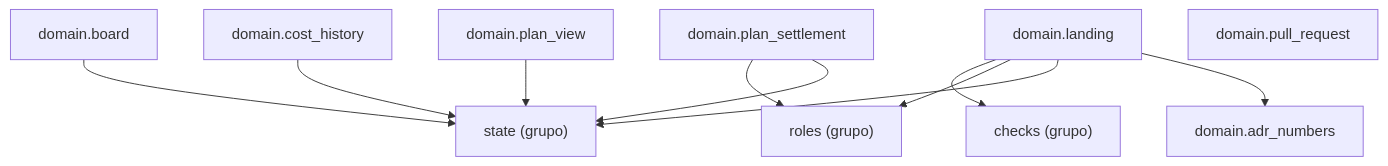
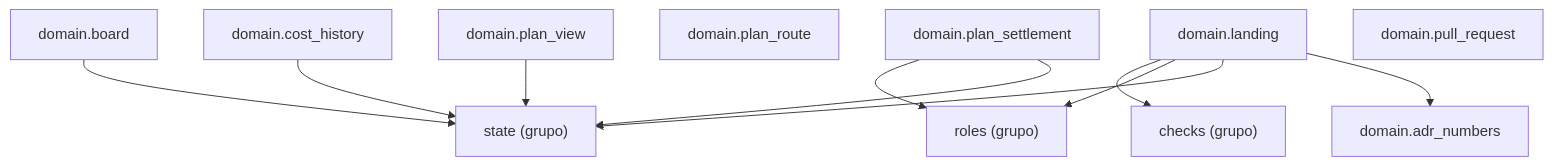
Before and after one commit to GonzaloZevallos/agentic-system: the diagram in docs/architecture/generated/packages-process-domain-landing.md, drawn with Mermaid. The commit also changed 19 other files, not shown here.

First line of the commit message:
Cluster domain.plan_route and regenerate the architecture diagrams

````diff
--- a/docs/architecture/generated/packages-process-domain-landing.md
+++ b/docs/architecture/generated/packages-process-domain-landing.md
@@ -11,22 +11,23 @@
 ```mermaid
 graph TD
     g_domain__checks["checks (grupo)"]
     g_domain__roles["roles (grupo)"]
     g_domain__state["state (grupo)"]
     m_domain__adr_numbers["domain.adr_numbers"]
     m_domain__board["domain.board"]
     m_domain__cost_history["domain.cost_history"]
     m_domain__landing["domain.landing"]
+    m_domain__plan_route["domain.plan_route"]
     m_domain__plan_settlement["domain.plan_settlement"]
     m_domain__plan_view["domain.plan_view"]
     m_domain__pull_request["domain.pull_request"]
     m_domain__board --> g_domain__state
     m_domain__cost_history --> g_domain__state
     m_domain__landing --> g_domain__checks
     m_domain__landing --> g_domain__roles
     m_domain__landing --> g_domain__state
     m_domain__landing --> m_domain__adr_numbers
     m_domain__plan_settlement --> g_domain__roles
     m_domain__plan_settlement --> g_domain__state
     m_domain__plan_view --> g_domain__state
 ```
````
